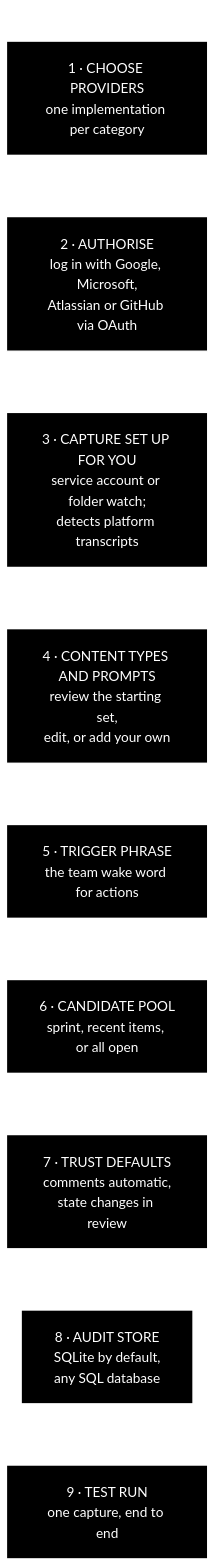
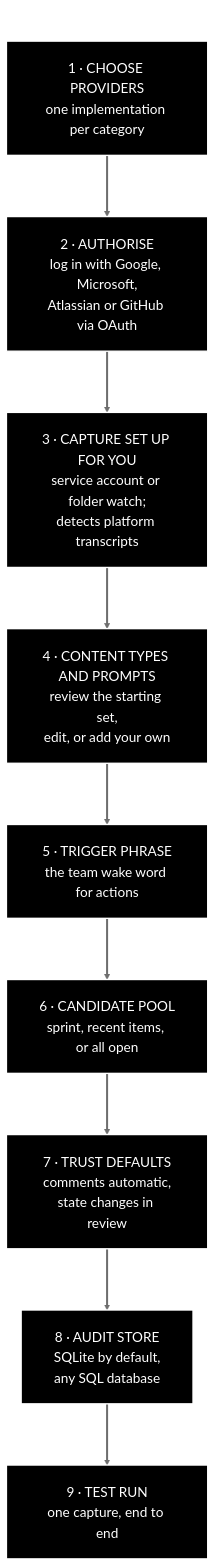
Before and after one commit to JamesTwisleton/capture-knowledge-action: the second of 4 diagrams in README.md, drawn with Mermaid. The commit also changed other lines of this file and 4 other files, not shown here.

Commit message:
fixing diagrams

````diff
--- a/README.md
+++ b/README.md
@@ -162,17 +162,17 @@
 ```mermaid
 ---
 title: J4 setup wizard
 ---
-%%{init: {"theme":"base","themeVariables":{"background":"#000000","fontSize":"20px","fontFamily":"Helvetica, Arial, sans-serif","primaryColor":"#000000","primaryTextColor":"#ffffff","primaryBorderColor":"#ffffff","secondaryColor":"#000000","secondaryTextColor":"#ffffff","secondaryBorderColor":"#ffffff","tertiaryColor":"#000000","tertiaryTextColor":"#ffffff","tertiaryBorderColor":"#ffffff","lineColor":"#ffffff","textColor":"#ffffff","mainBkg":"#000000","nodeBorder":"#ffffff","nodeTextColor":"#ffffff","clusterBkg":"#000000","clusterBorder":"#ffffff","titleColor":"#ffffff","edgeLabelBackground":"#000000"},"flowchart":{"nodeSpacing":70,"rankSpacing":90,"padding":24,"curve":"linear"}}}%%
+%%{init: {"theme":"base","themeVariables":{"background":"#000000","fontSize":"20px","primaryColor":"#000000","primaryTextColor":"#ffffff","primaryBorderColor":"#ffffff","secondaryColor":"#000000","secondaryTextColor":"#ffffff","secondaryBorderColor":"#ffffff","tertiaryColor":"#000000","tertiaryTextColor":"#ffffff","tertiaryBorderColor":"#ffffff","lineColor":"#6e6e6e","textColor":"#ffffff","mainBkg":"#000000","nodeBorder":"#ffffff","nodeTextColor":"#ffffff","clusterBkg":"#000000","clusterBorder":"#ffffff","titleColor":"#6e6e6e","edgeLabelBackground":"#000000"},"flowchart":{"nodeSpacing":70,"rankSpacing":90,"padding":24,"curve":"linear"},"themeCSS":"svg{background:#000000 !important;}"}}%%
 flowchart TB
   S1["1 · CHOOSE PROVIDERS<br/>one implementation per category"] ==> S2["2 · AUTHORISE<br/>log in with Google, Microsoft,<br/>Atlassian or GitHub via OAuth"]
   S2 ==> S3["3 · CAPTURE SET UP FOR YOU<br/>service account or folder watch;<br/>detects platform transcripts"]
   S3 ==> S4["4 · CONTENT TYPES AND PROMPTS<br/>review the starting set,<br/>edit, or add your own"]
   S4 ==> S5["5 · TRIGGER PHRASE<br/>the team wake word for actions"]
   S5 ==> S6["6 · CANDIDATE POOL<br/>sprint, recent items, or all open"]
   S6 ==> S7["7 · TRUST DEFAULTS<br/>comments automatic,<br/>state changes in review"]
   S7 ==> S8["8 · AUDIT STORE<br/>SQLite by default,<br/>any SQL database"]
   S8 ==> S9["9 · TEST RUN<br/>one capture, end to end"]
   classDef default fill:#000000,stroke:#ffffff,stroke-width:2px,color:#ffffff
-  linkStyle default stroke:#ffffff,stroke-width:3px
+  linkStyle default stroke:#6e6e6e,stroke-width:3px
 ```
````
